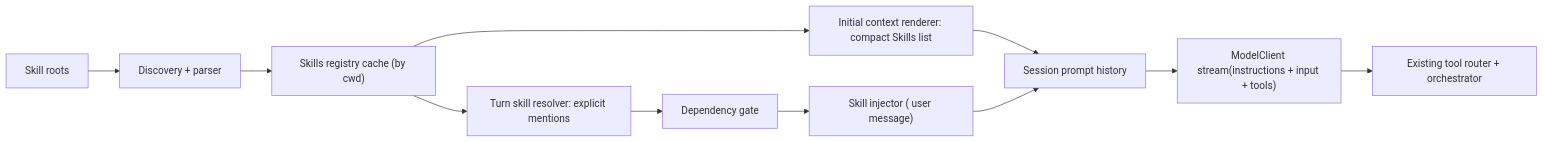
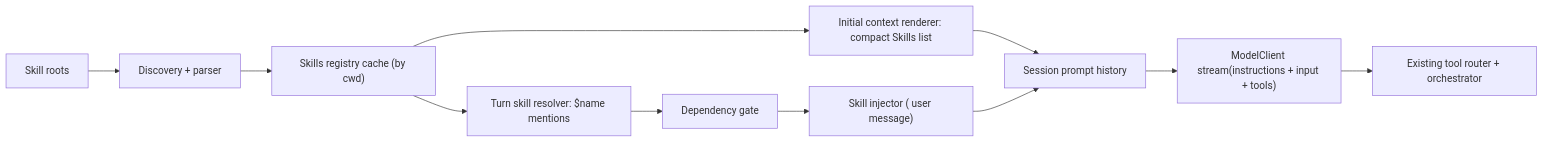
The diagram in skills-plan.md (moonslicer/pycodex), drawn with Mermaid before and after one commit. The commit also changed other lines of this file and 15 other files, not shown here.

````diff
--- a/skills-plan.md
+++ b/skills-plan.md
@@ -57,13 +59,13 @@
 ```mermaid
 flowchart LR
   A["Skill roots"] --> B["Discovery + parser"]
   B --> C["Skills registry cache (by cwd)"]
   C --> D["Initial context renderer: compact Skills list"]
-  C --> E["Turn skill resolver: explicit mentions"]
+  C --> E["Turn skill resolver: $name mentions"]
   E --> F["Dependency gate"]
   F --> G["Skill injector (<skill> user message)"]
   D --> H["Session prompt history"]
   G --> H
   H --> I["ModelClient stream(instructions + input + tools)"]
   I --> J["Existing tool router + orchestrator"]
 ```
````
